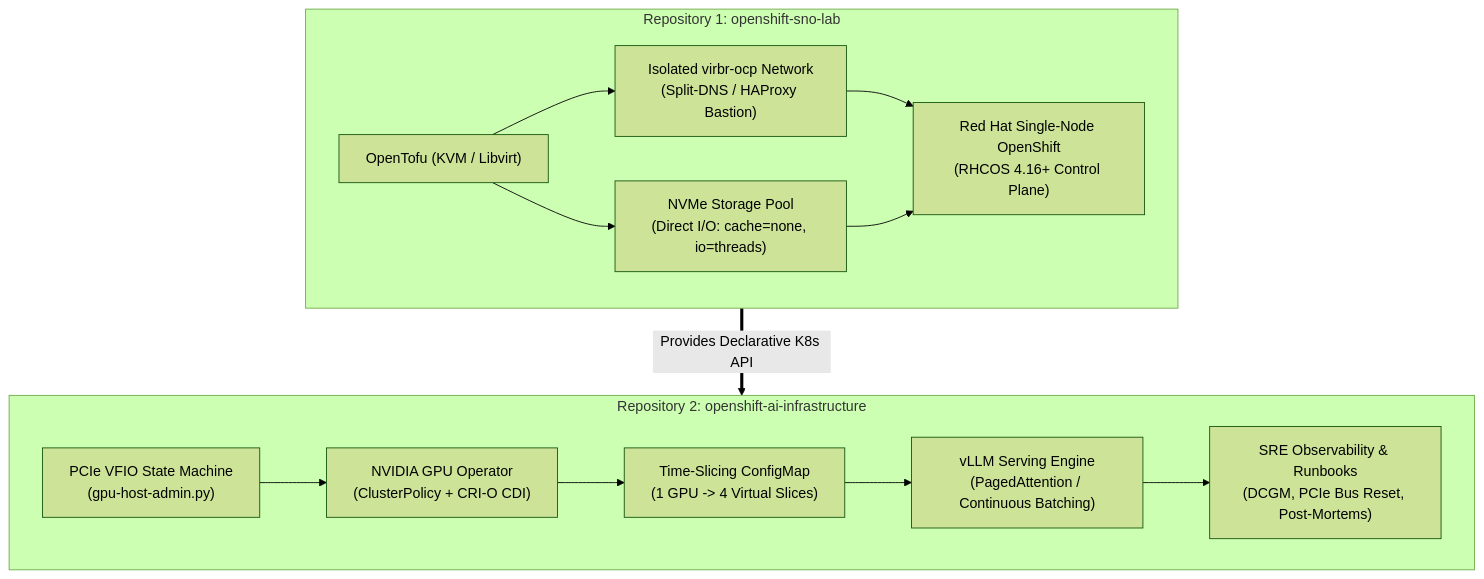
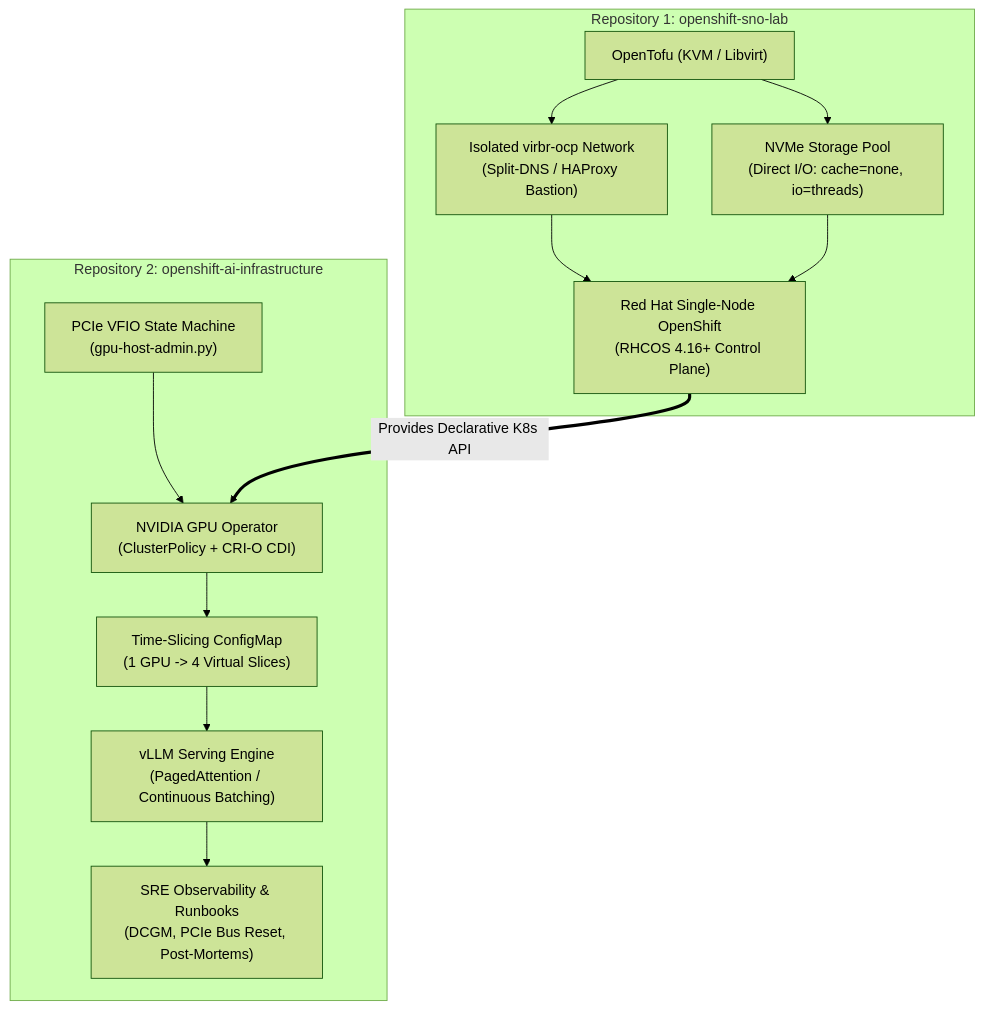
Before and after one commit to celttechie/celttechie.github.io: the first of 2 diagrams in docs/articles/from_bare_metal_to_vllm_openshift_ai.md, drawn with Mermaid (forest theme). The commit also changed 7 other files, not shown here.

First line of the commit message:
fix: enable mermaid custom_fences in mkdocs and fix diagram arrow syntax

````diff
--- a/docs/articles/from_bare_metal_to_vllm_openshift_ai.md
+++ b/docs/articles/from_bare_metal_to_vllm_openshift_ai.md
@@ -42,28 +42,28 @@
 ```mermaid
 flowchart TD
     subgraph SubstrateRepo["Repository 1: openshift-sno-lab"]
         TF["OpenTofu (KVM / Libvirt)"]
         NET["Isolated virbr-ocp Network<br>(Split-DNS / HAProxy Bastion)"]
         NVME["NVMe Storage Pool<br>(Direct I/O: cache=none, io=threads)"]
         SNO["Red Hat Single-Node OpenShift<br>(RHCOS 4.16+ Control Plane)"]
         TF --> NET
         TF --> NVME
         NET --> SNO
         NVME --> SNO
     end
 
     subgraph WorkloadRepo["Repository 2: openshift-ai-infrastructure"]
         VFIO["PCIe VFIO State Machine<br>(gpu-host-admin.py)"]
         OP["NVIDIA GPU Operator<br>(ClusterPolicy + CRI-O CDI)"]
         TS["Time-Slicing ConfigMap<br>(1 GPU -> 4 Virtual Slices)"]
         VLLM["vLLM Serving Engine<br>(PagedAttention / Continuous Batching)"]
         SRE["SRE Observability & Runbooks<br>(DCGM, PCIe Bus Reset, Post-Mortems)"]
 
         VFIO --> OP
         OP --> TS
         TS --> VLLM
         VLLM --> SRE
     end
 
-    SubstrateRepo ==>|"Provides Declarative K8s API"| WorkloadRepo
+    SNO ==>|"Provides Declarative K8s API"| OP
 ```
````
